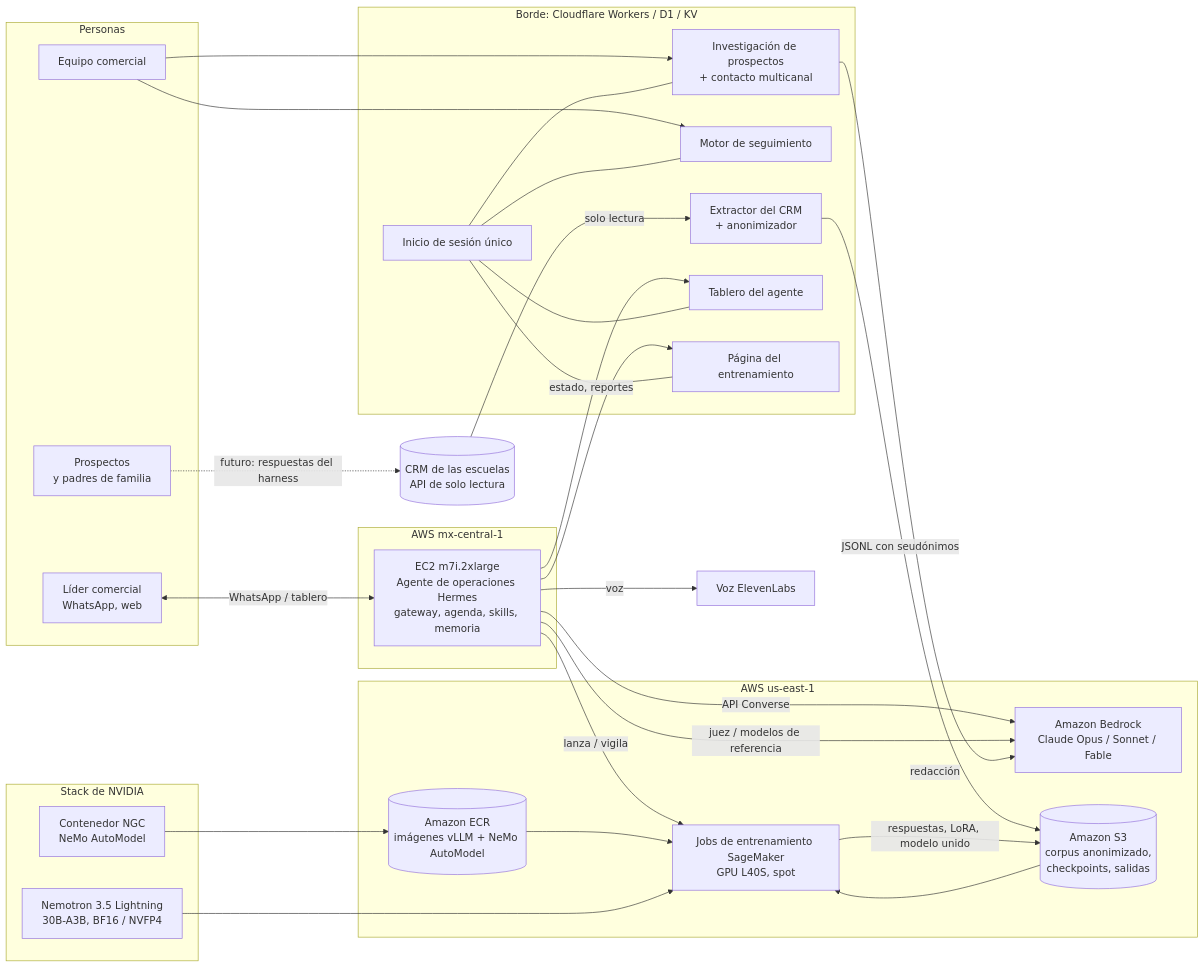
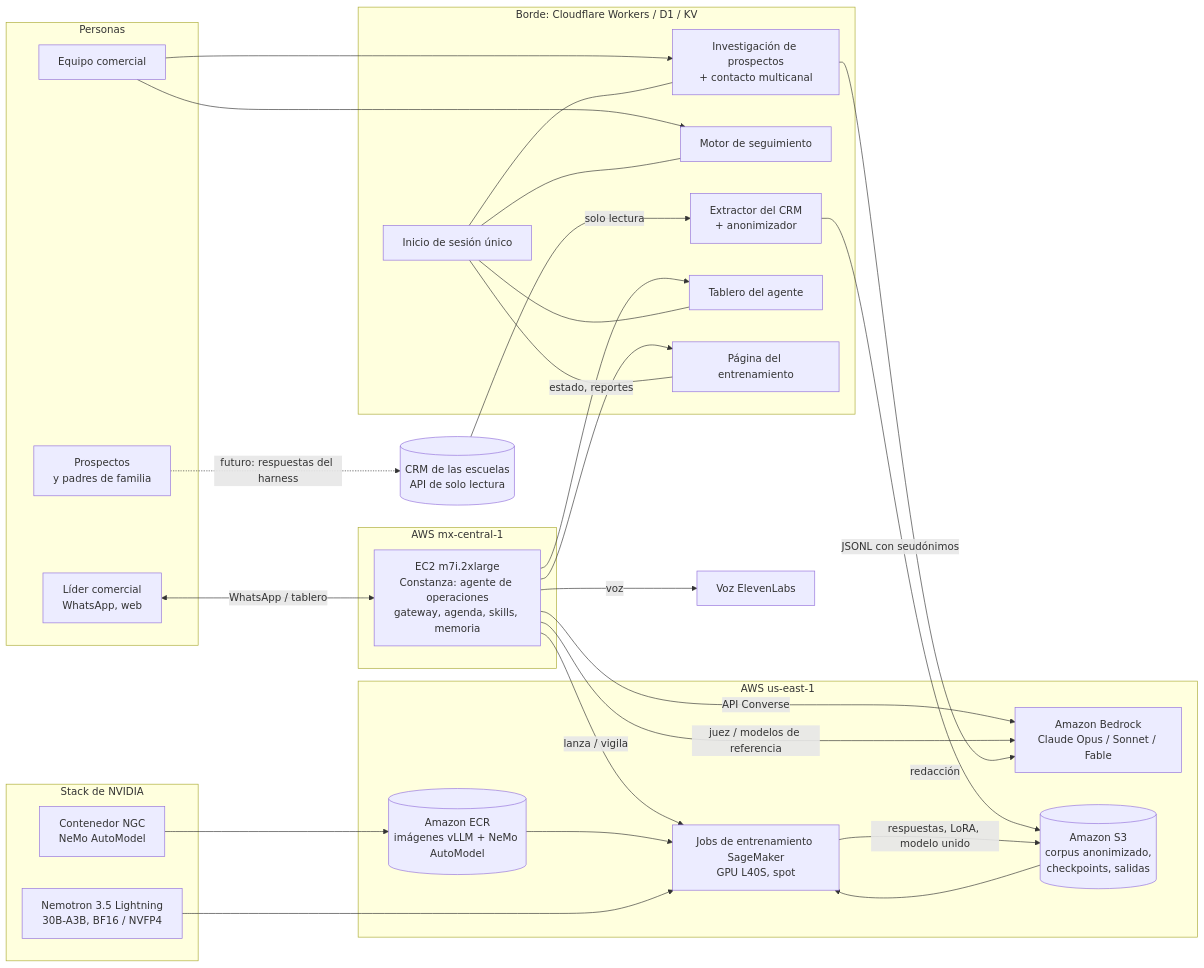
Before and after one commit to victorgalloo/superleads-ai-aws-nvidia: the first of 2 diagrams in docs/es/architecture.md, drawn with Mermaid. The commit also changed other lines of this file and 11 other files, not shown here.

````diff
--- a/docs/es/architecture.md
+++ b/docs/es/architecture.md
@@ -14,58 +14,58 @@
 ```mermaid
 flowchart LR
   subgraph Personas
     V[Líder comercial<br/>WhatsApp, web]
     T[Equipo comercial]
     P[Prospectos<br/>y padres de familia]
   end
 
   subgraph AWS_MX[AWS mx-central-1]
-    EC2[EC2 m7i.2xlarge<br/>Agente de operaciones Hermes<br/>gateway, agenda, skills, memoria]
+    EC2[EC2 m7i.2xlarge<br/>Constanza: agente de operaciones<br/>gateway, agenda, skills, memoria]
   end
 
   subgraph AWS_US[AWS us-east-1]
     BR[Amazon Bedrock<br/>Claude Opus / Sonnet / Fable]
     S3[(Amazon S3<br/>corpus anonimizado,<br/>checkpoints, salidas)]
     ECR[(Amazon ECR<br/>imágenes vLLM + NeMo AutoModel)]
     SM[Jobs de entrenamiento SageMaker<br/>GPU L40S, spot]
   end
 
   subgraph NV[Stack de NVIDIA]
     NEM[Nemotron 3.5 Lightning<br/>30B-A3B, BF16 / NVFP4]
     NGC[Contenedor NGC<br/>NeMo AutoModel]
   end
 
   subgraph CF[Borde: Cloudflare Workers / D1 / KV]
     ANON[Extractor del CRM<br/>+ anonimizador]
     MC[Motor de seguimiento]
     HU[Investigación de prospectos<br/>+ contacto multicanal]
     SSO[Inicio de sesión único]
     DASH[Tablero del agente]
     TRP[Página del entrenamiento]
   end
 
   CRM[(CRM de las escuelas<br/>API de solo lectura)]
   EL[Voz ElevenLabs]
 
   V <-->|WhatsApp / tablero| EC2
   EC2 -->|API Converse| BR
   EC2 -->|voz| EL
   EC2 -->|estado, reportes| DASH
   EC2 -->|lanza / vigila| SM
   CRM -->|solo lectura| ANON -->|JSONL con seudónimos| S3
   S3 --> SM
   ECR --> SM
   NGC --> ECR
   NEM --> SM
   SM -->|respuestas, LoRA, modelo unido| S3
   EC2 -->|juez / modelos de referencia| BR
   EC2 --> TRP
   T --> MC
   T --> HU
   HU -->|redacción| BR
   SSO --- MC
   SSO --- HU
   SSO --- DASH
   SSO --- TRP
   P -.->|futuro: respuestas del harness| CRM
 ```
````
